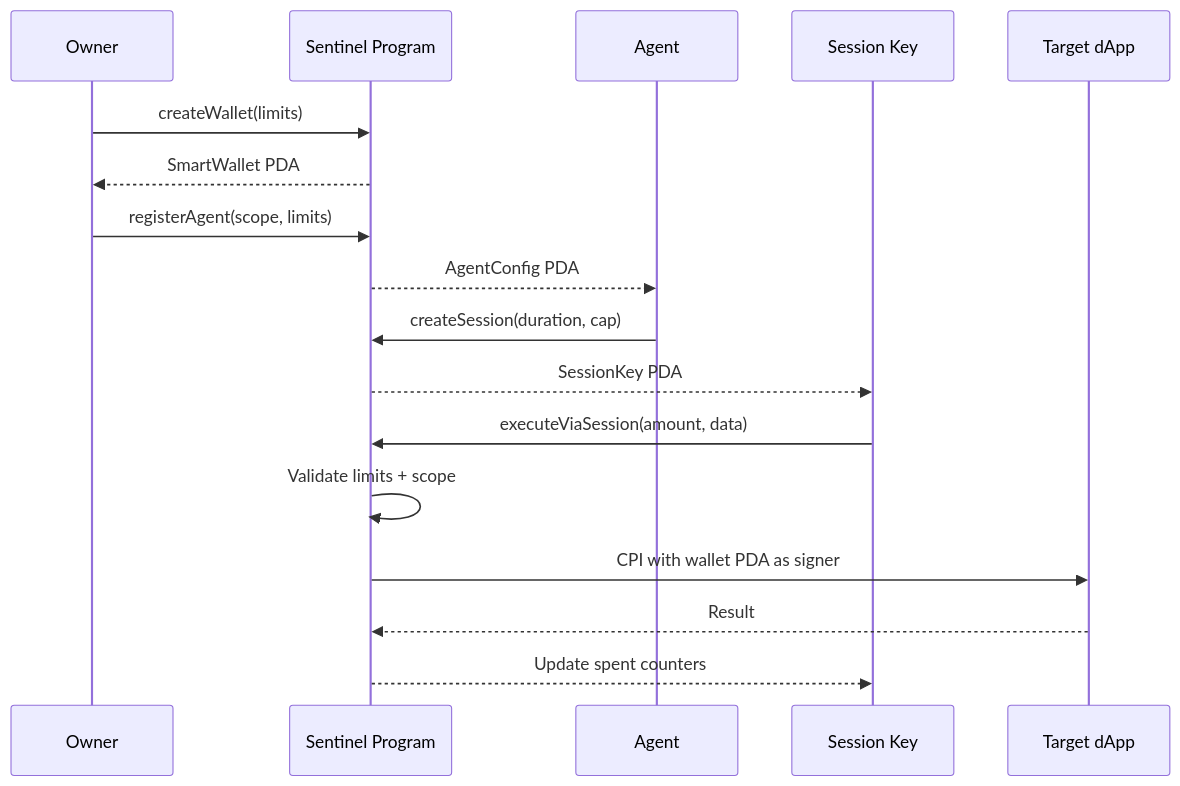
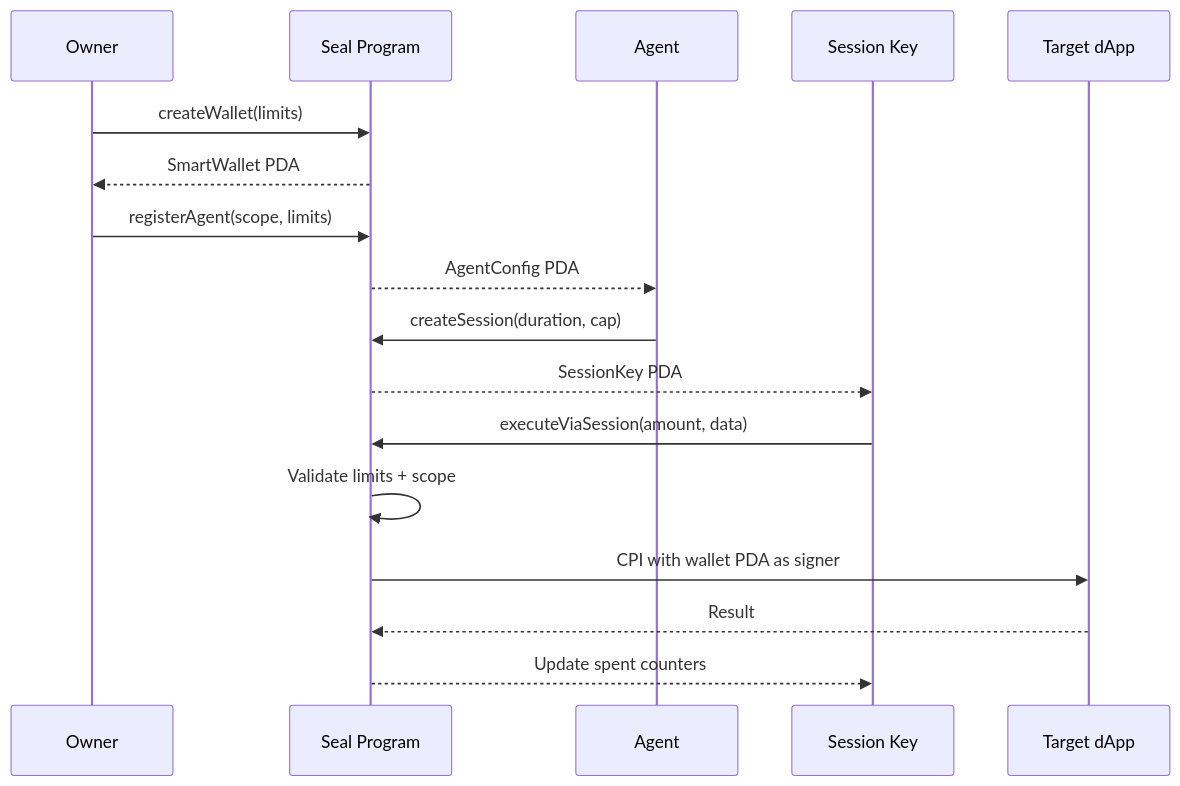
Before and after one commit to Immadominion/sentinel: the diagram in docs/guide/getting-started.md, drawn with Mermaid. The commit also changed other lines of this file and 176 other files, not shown here.

Commit message:
REVAMP/ change name from Sentinel to Seal

````diff
--- a/docs/guide/getting-started.md
+++ b/docs/guide/getting-started.md
@@ -22,23 +22,23 @@
 ```mermaid
 sequenceDiagram
     participant Owner
-    participant Sentinel Program
+    participant Seal Program
     participant Agent
     participant Session Key
     participant Target dApp
 
-    Owner->>Sentinel Program: createWallet(limits)
-    Sentinel Program-->>Owner: SmartWallet PDA
+    Owner->>Seal Program: createWallet(limits)
+    Seal Program-->>Owner: SmartWallet PDA
 
-    Owner->>Sentinel Program: registerAgent(scope, limits)
-    Sentinel Program-->>Agent: AgentConfig PDA
+    Owner->>Seal Program: registerAgent(scope, limits)
+    Seal Program-->>Agent: AgentConfig PDA
 
-    Agent->>Sentinel Program: createSession(duration, cap)
-    Sentinel Program-->>Session Key: SessionKey PDA
+    Agent->>Seal Program: createSession(duration, cap)
+    Seal Program-->>Session Key: SessionKey PDA
 
-    Session Key->>Sentinel Program: executeViaSession(amount, data)
-    Sentinel Program->>Sentinel Program: Validate limits + scope
-    Sentinel Program->>Target dApp: CPI with wallet PDA as signer
-    Target dApp-->>Sentinel Program: Result
-    Sentinel Program-->>Session Key: Update spent counters
+    Session Key->>Seal Program: executeViaSession(amount, data)
+    Seal Program->>Seal Program: Validate limits + scope
+    Seal Program->>Target dApp: CPI with wallet PDA as signer
+    Target dApp-->>Seal Program: Result
+    Seal Program-->>Session Key: Update spent counters
 ```
````
